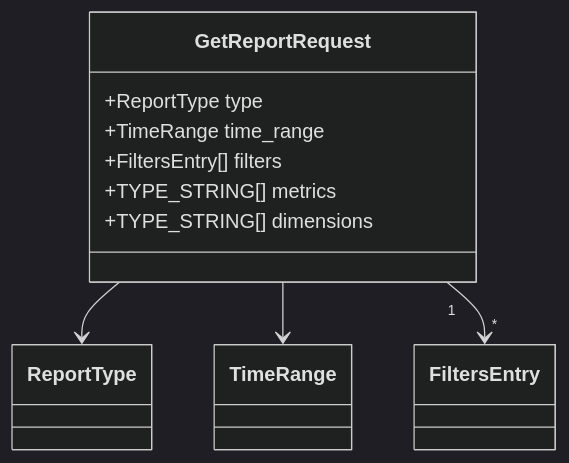
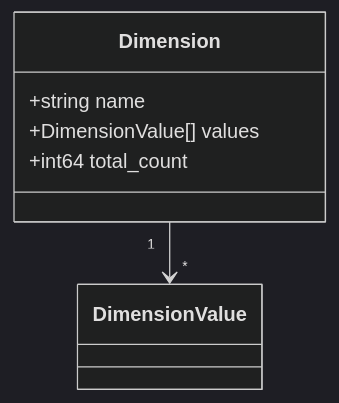
Diagram 37 of 49 in test-monorepo/docs/consolidated/AnalyticsService.md (kyivinua/root), drawn with Mermaid (dark theme) before and after one commit. The commit also changed other lines of this file and 5 other files, not shown here.

````diff
--- a/test-monorepo/docs/consolidated/AnalyticsService.md
+++ b/test-monorepo/docs/consolidated/AnalyticsService.md
@@ -733,13 +1843,9 @@
 ```mermaid
 classDiagram
-    class GetReportRequest {
-        +ReportType type
-        +TimeRange time_range
-        +FiltersEntry[] filters
-        +TYPE_STRING[] metrics
-        +TYPE_STRING[] dimensions
+    class Dimension {
+        +string name
+        +DimensionValue[] values
+        +int64 total_count
     }
-    GetReportRequest --> ReportType
-    GetReportRequest --> TimeRange
-    GetReportRequest "1" --> "*" FiltersEntry
+    Dimension "1" --> "*" DimensionValue
 ```
````
